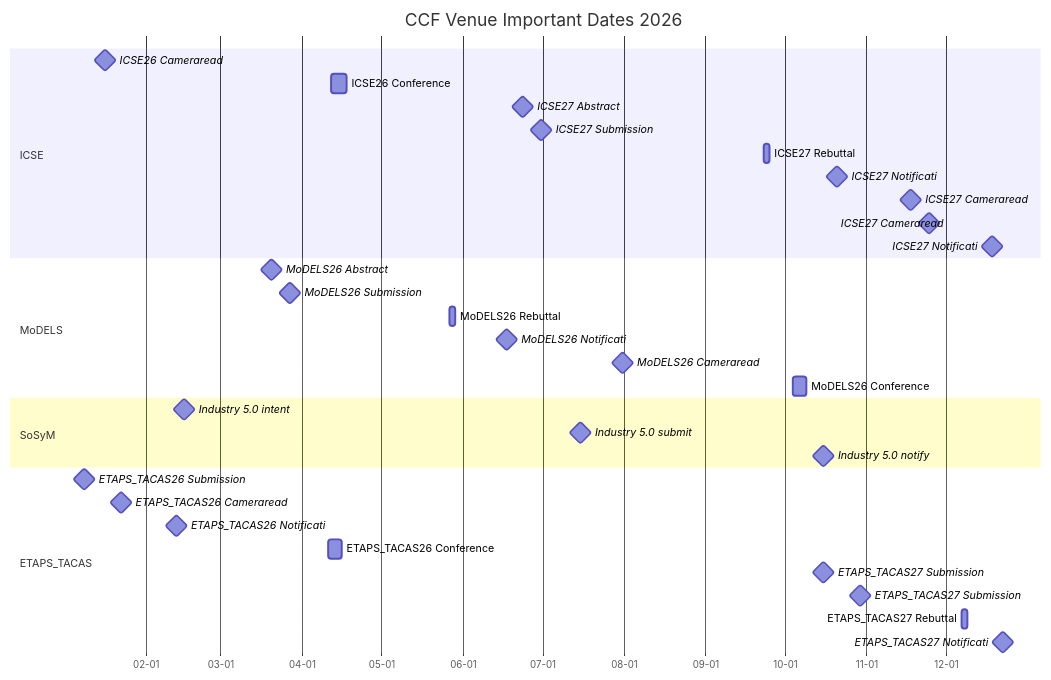
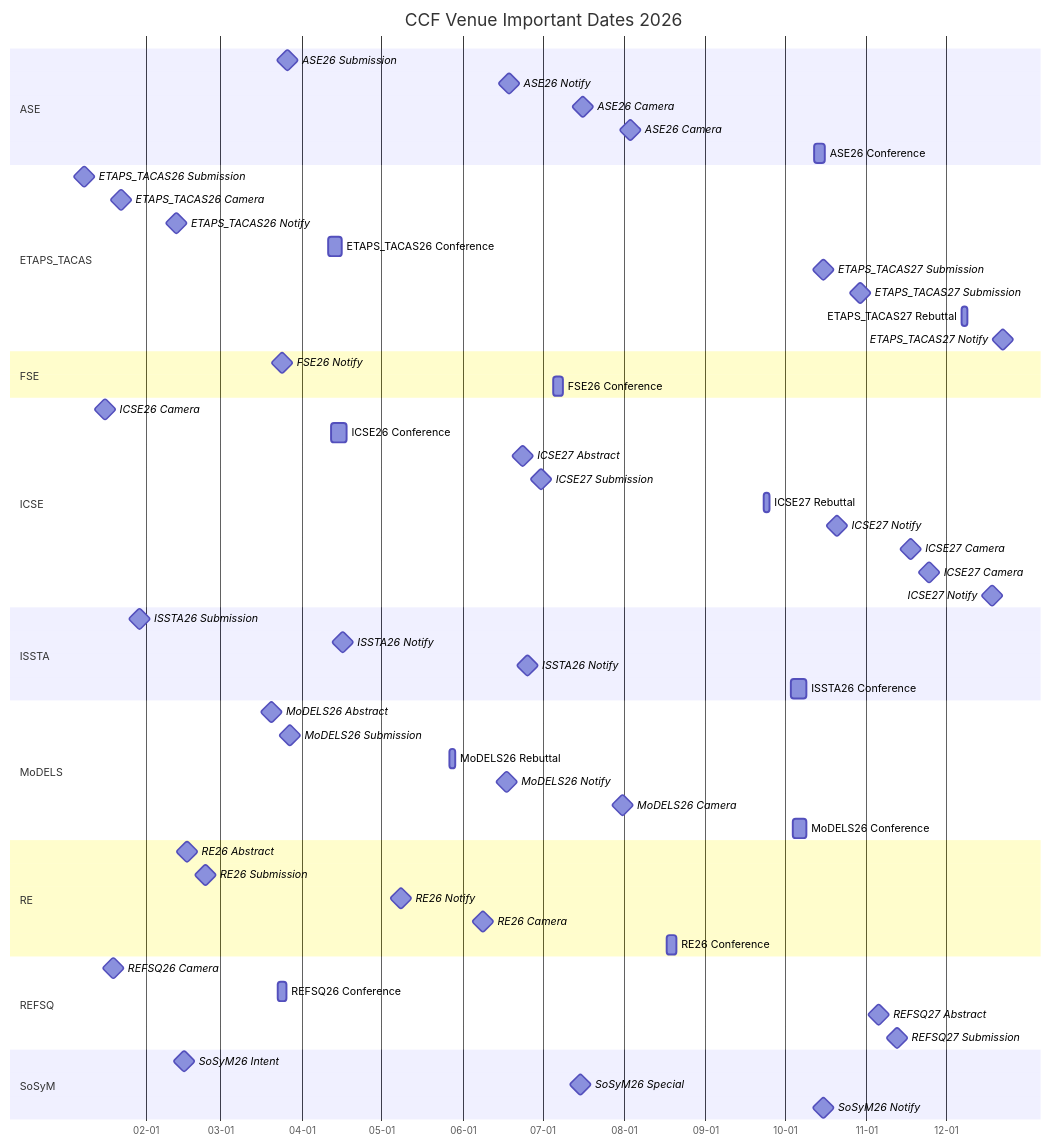
The third of 9 diagrams in ccf_venues/TIMELINE.md (HansBug/research_ideas), drawn with Mermaid before and after one commit. The commit also changed other lines of this file and 43 other files, not shown here.

````diff
--- a/ccf_venues/TIMELINE.md
+++ b/ccf_venues/TIMELINE.md
@@ -163,41 +198,71 @@
 ```mermaid
 gantt
   title CCF Venue Important Dates 2026
   dateFormat YYYY-MM-DD
   axisFormat %m-%d
 
+  section ASE
+  ASE26 Submission :milestone, ase_2026_1_20260326, 2026-03-26, 1d
+  ASE26 Notify :milestone, ase_2026_2_20260618, 2026-06-18, 1d
+  ASE26 Camera :milestone, ase_2026_3_20260716, 2026-07-16, 1d
+  ASE26 Camera :milestone, ase_2026_4_20260803, 2026-08-03, 1d
+  ASE26 Conference :ase_2026_5_20261012, 2026-10-12, 2026-10-16
+
+  section ETAPS_TACAS
+  ETAPS_TACAS26 Submission :milestone, etaps_tacas_2026_1_20260108, 2026-01-08, 1d
+  ETAPS_TACAS26 Camera :milestone, etaps_tacas_2026_2_20260122, 2026-01-22, 1d
+  ETAPS_TACAS26 Notify :milestone, etaps_tacas_2026_3_20260212, 2026-02-12, 1d
+  ETAPS_TACAS26 Conference :etaps_tacas_2026_4_20260411, 2026-04-11, 2026-04-16
+  ETAPS_TACAS27 Submission :milestone, etaps_tacas_2026_5_20261015, 2026-10-15, 1d
+  ETAPS_TACAS27 Submission :milestone, etaps_tacas_2026_6_20261029, 2026-10-29, 1d
+  ETAPS_TACAS27 Rebuttal :etaps_tacas_2026_7_20261207, 2026-12-07, 2026-12-09
+  ETAPS_TACAS27 Notify :milestone, etaps_tacas_2026_8_20261222, 2026-12-22, 1d
+
+  section FSE
+  FSE26 Notify :milestone, fse_2026_1_20260324, 2026-03-24, 1d
+  FSE26 Conference :fse_2026_2_20260705, 2026-07-05, 2026-07-09
+
   section ICSE
-  ICSE26 Cameraread :milestone, icse2026_1_20260116, 2026-01-16, 1d
-  ICSE26 Conference :icse2026_2_20260412, 2026-04-12, 2026-04-18
-  ICSE27 Abstract :milestone, icse2027_3_20260623, 2026-06-23, 1d
-  ICSE27 Submission :milestone, icse2027_4_20260630, 2026-06-30, 1d
-  ICSE27 Rebuttal :icse2027_5_20260923, 2026-09-23, 2026-09-25
-  ICSE27 Notificati :milestone, icse2027_6_20261020, 2026-10-20, 1d
-  ICSE27 Cameraread :milestone, icse2027_7_20261117, 2026-11-17, 1d
-  ICSE27 Cameraread :milestone, icse2027_8_20261124, 2026-11-24, 1d
-  ICSE27 Notificati :milestone, icse2027_9_20261218, 2026-12-18, 1d
+  ICSE26 Camera :milestone, icse_2026_1_20260116, 2026-01-16, 1d
+  ICSE26 Conference :icse_2026_2_20260412, 2026-04-12, 2026-04-18
+  ICSE27 Abstract :milestone, icse_2026_3_20260623, 2026-06-23, 1d
+  ICSE27 Submission :milestone, icse_2026_4_20260630, 2026-06-30, 1d
+  ICSE27 Rebuttal :icse_2026_5_20260923, 2026-09-23, 2026-09-25
+  ICSE27 Notify :milestone, icse_2026_6_20261020, 2026-10-20, 1d
+  ICSE27 Camera :milestone, icse_2026_7_20261117, 2026-11-17, 1d
+  ICSE27 Camera :milestone, icse_2026_8_20261124, 2026-11-24, 1d
+  ICSE27 Notify :milestone, icse_2026_9_20261218, 2026-12-18, 1d
+
+  section ISSTA
+  ISSTA26 Submission :milestone, issta_2026_1_20260129, 2026-01-29, 1d
+  ISSTA26 Notify :milestone, issta_2026_2_20260416, 2026-04-16, 1d
+  ISSTA26 Notify :milestone, issta_2026_3_20260625, 2026-06-25, 1d
+  ISSTA26 Conference :issta_2026_4_20261003, 2026-10-03, 2026-10-09
 
   section MoDELS
-  MoDELS26 Abstract :milestone, models2026_1_20260320, 2026-03-20, 1d
-  MoDELS26 Submission :milestone, models2026_2_20260327, 2026-03-27, 1d
-  MoDELS26 Rebuttal :models2026_3_20260527, 2026-05-27, 2026-05-29
-  MoDELS26 Notificati :milestone, models2026_4_20260617, 2026-06-17, 1d
-  MoDELS26 Cameraread :milestone, models2026_5_20260731, 2026-07-31, 1d
-  MoDELS26 Conference :models2026_6_20261004, 2026-10-04, 2026-10-09
+  MoDELS26 Abstract :milestone, models_2026_1_20260320, 2026-03-20, 1d
+  MoDELS26 Submission :milestone, models_2026_2_20260327, 2026-03-27, 1d
+  MoDELS26 Rebuttal :models_2026_3_20260527, 2026-05-27, 2026-05-29
+  MoDELS26 Notify :milestone, models_2026_4_20260617, 2026-06-17, 1d
+  MoDELS26 Camera :milestone, models_2026_5_20260731, 2026-07-31, 1d
+  MoDELS26 Conference :models_2026_6_20261004, 2026-10-04, 2026-10-09
+
+  section RE
+  RE26 Abstract :milestone, re_2026_1_20260216, 2026-02-16, 1d
+  RE26 Submission :milestone, re_2026_2_20260223, 2026-02-23, 1d
+  RE26 Notify :milestone, re_2026_3_20260508, 2026-05-08, 1d
+  RE26 Camera :milestone, re_2026_4_20260608, 2026-06-08, 1d
+  RE26 Conference :re_2026_5_20260817, 2026-08-17, 2026-08-21
+
+  section REFSQ
+  REFSQ26 Camera :milestone, refsq_2026_1_20260119, 2026-01-19, 1d
+  REFSQ26 Conference :refsq_2026_2_20260323, 2026-03-23, 2026-03-26
+  REFSQ27 Abstract :milestone, refsq_2026_3_20261105, 2026-11-05, 1d
+  REFSQ27 Submission :milestone, refsq_2026_4_20261112, 2026-11-12, 1d
 
   section SoSyM
-  Industry 5.0 intent :milestone, sosym_industry_intent, 2026-02-15, 1d
-  Industry 5.0 submit :milestone, sosym_industry_submit, 2026-07-15, 1d
-  Industry 5.0 notify :milestone, sosym_industry_notify, 2026-10-15, 1d
-
-  section ETAPS_TACAS
-  ETAPS_TACAS26 Submission :milestone, etaps2026_1_20260108, 2026-01-08, 1d
-  ETAPS_TACAS26 Cameraread :milestone, etaps2026_2_20260122, 2026-01-22, 1d
-  ETAPS_TACAS26 Notificati :milestone, etaps2026_3_20260212, 2026-02-12, 1d
-  ETAPS_TACAS26 Conference :etaps2026_4_20260411, 2026-04-11, 2026-04-16
-  ETAPS_TACAS27 Submission :milestone, etaps2027_5_20261015, 2026-10-15, 1d
-  ETAPS_TACAS27 Submission :milestone, etaps2027_6_20261029, 2026-10-29, 1d
-  ETAPS_TACAS27 Rebuttal :etaps2027_7_20261207, 2026-12-07, 2026-12-09
-  ETAPS_TACAS27 Notificati :milestone, etaps2027_8_20261222, 2026-12-22, 1d
+  SoSyM26 Intent :milestone, sosym_2026_1_20260215, 2026-02-15, 1d
+  SoSyM26 Special :milestone, sosym_2026_2_20260715, 2026-07-15, 1d
+  SoSyM26 Notify :milestone, sosym_2026_3_20261015, 2026-10-15, 1d
 
 ```
````
